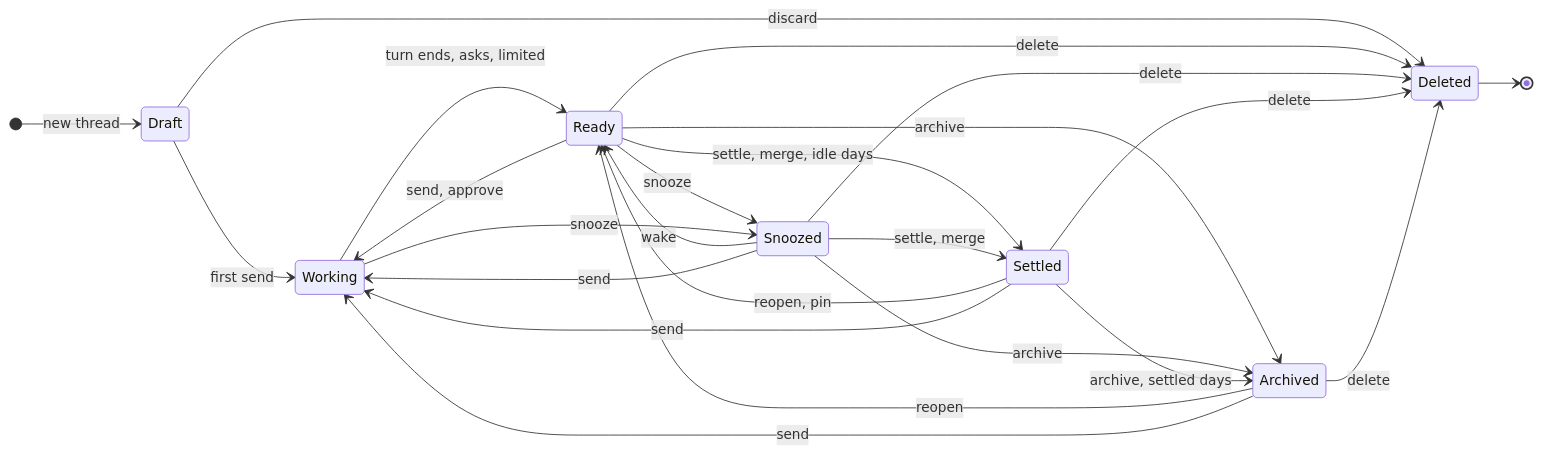
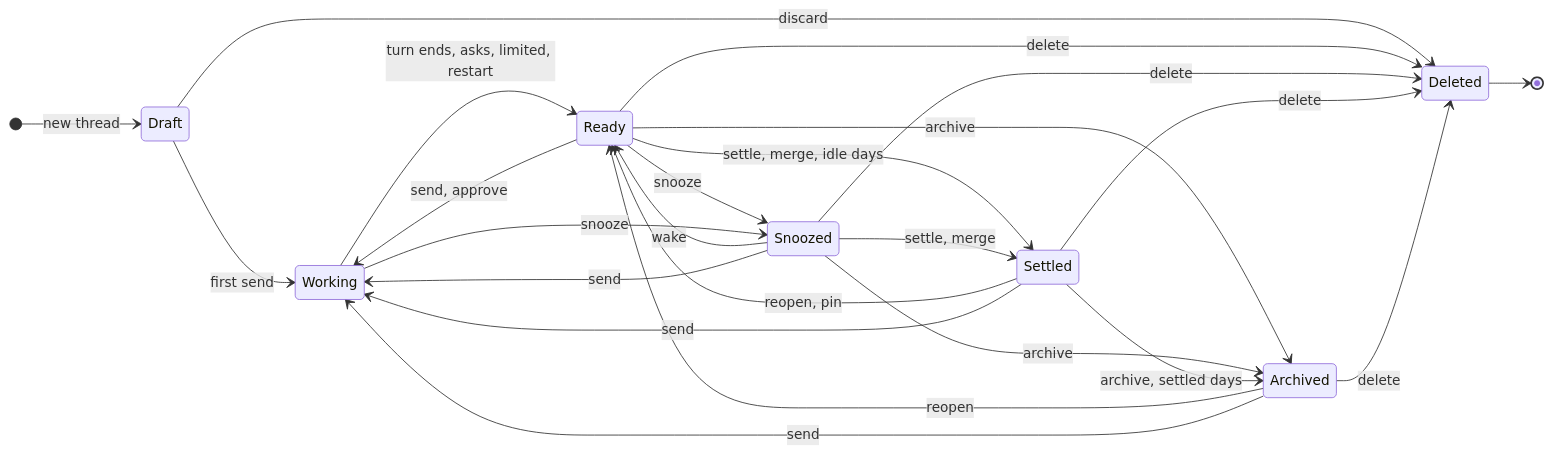
One commit to hinadev-ai/hinacode changed diagram 14 of 19 in docs/arch.md. Above: the diagram before and after it, drawn with Mermaid. The commit also changed other lines of this file and 3 other files, not shown here.

````diff
--- a/docs/arch.md
+++ b/docs/arch.md
@@ -561,27 +567,27 @@
 ```mermaid
 stateDiagram-v2
   direction LR
   [*] --> Draft: new thread
   Draft --> Working: first send
   Draft --> Deleted: discard
-  Working --> Ready: turn ends, asks, limited
+  Working --> Ready: turn ends, asks, limited, restart
   Ready --> Working: send, approve
   Ready --> Snoozed: snooze
   Working --> Snoozed: snooze
   Snoozed --> Ready: wake
   Snoozed --> Working: send
   Ready --> Settled: settle, merge, idle days
   Snoozed --> Settled: settle, merge
   Settled --> Ready: reopen, pin
   Settled --> Working: send
   Ready --> Archived: archive
   Snoozed --> Archived: archive
   Settled --> Archived: archive, settled days
   Archived --> Ready: reopen
   Archived --> Working: send
   Ready --> Deleted: delete
   Snoozed --> Deleted: delete
   Settled --> Deleted: delete
   Archived --> Deleted: delete
   Deleted --> [*]
 ```
````
